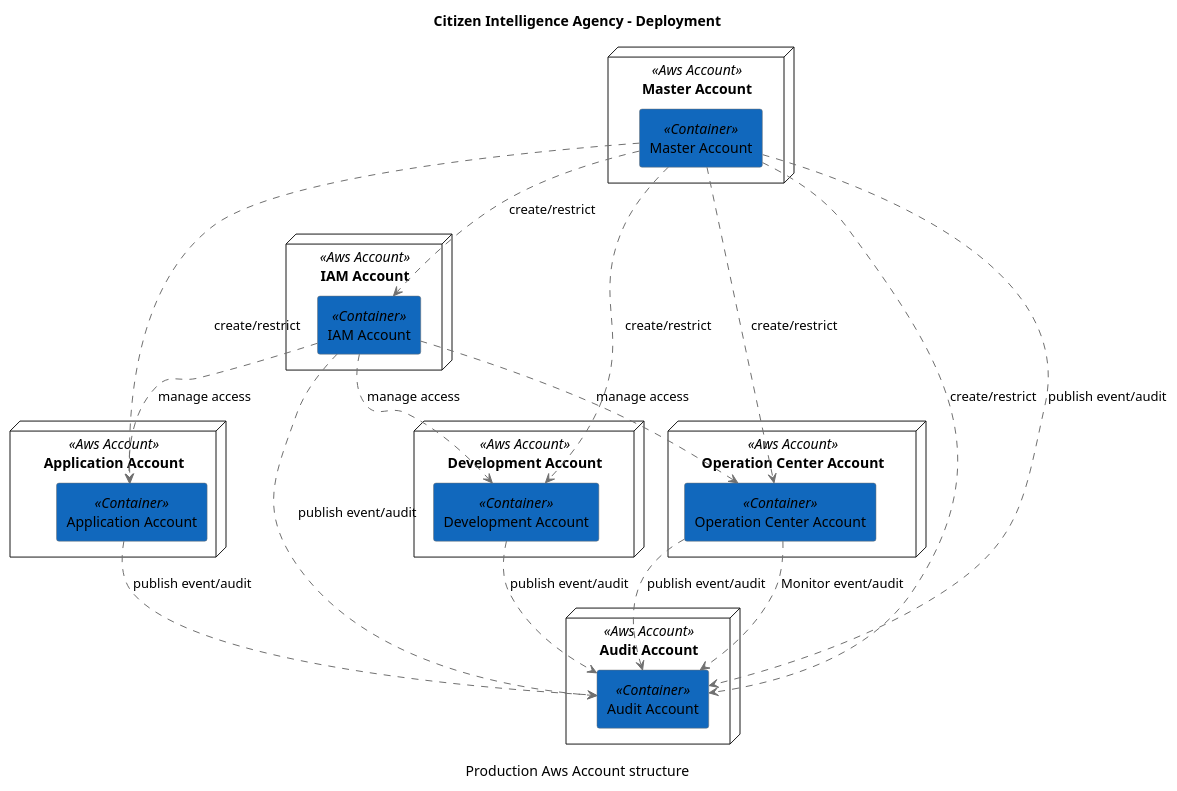
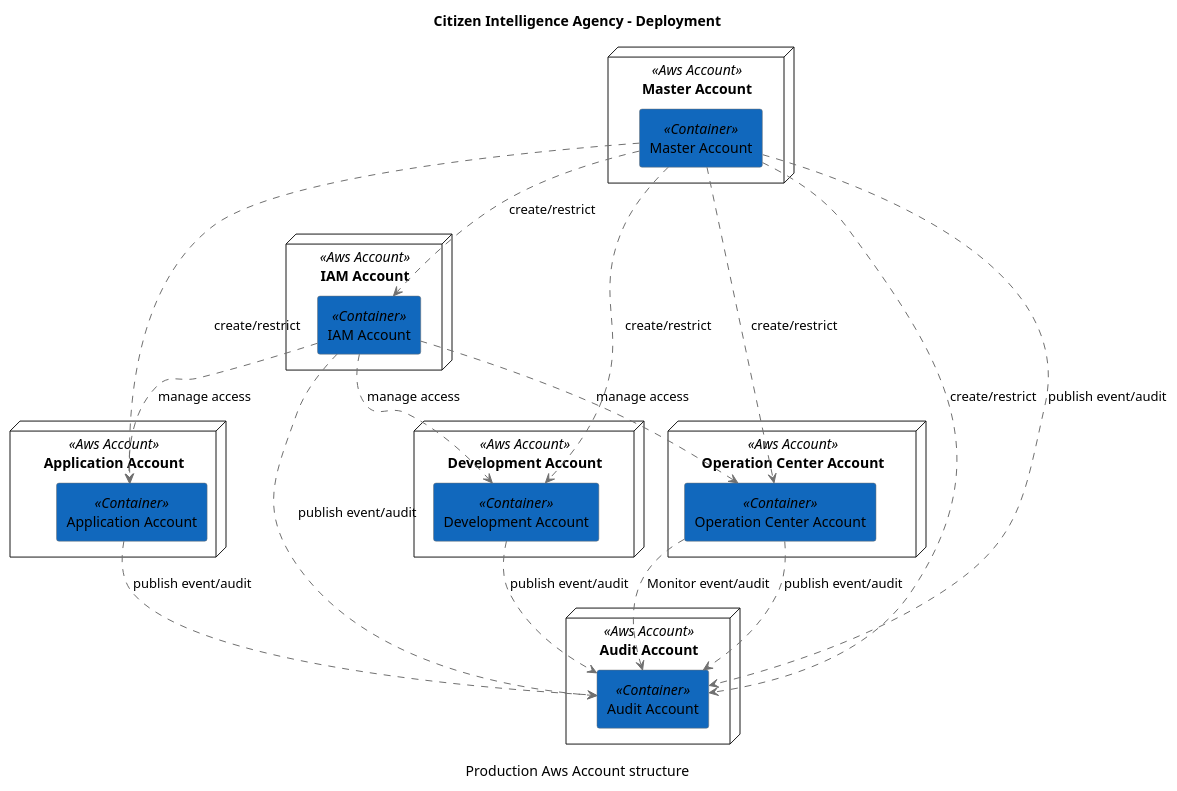
The diagram in architecture/Citizen-Intelligence-Agency-Prod-Aws-Account-Structure.pu (sjvs/cia), drawn with PlantUML before and after one commit. The commit also changed other lines of this file and 2896 other files, not shown here.

```diff
--- a/architecture/Citizen-Intelligence-Agency-Prod-Aws-Account-Structure.pu
+++ b/architecture/Citizen-Intelligence-Agency-Prod-Aws-Account-Structure.pu
@@ -1,47 +1,47 @@
 @startuml(id="Production_Aws_Account_structure")
 scale max 2000x2000
 title Citizen Intelligence Agency - Deployment
 caption "Production Aws Account structure"
 
 skinparam {
   shadowing false
   arrowColor #707070
   actorBorderColor #707070
   componentBorderColor #707070
   rectangleBorderColor #707070
   noteBackgroundColor #ffffff
   noteBorderColor #707070
 }
 node "Application Account" <<Aws Account>> as 12 {
   rectangle "Application Account" <<Container>> as 34 #1168bd
 }
 node "Audit Account" <<Aws Account>> as 10 {
   rectangle "Audit Account" <<Container>> as 30 #1168bd
 }
 node "Development Account" <<Aws Account>> as 6 {
   rectangle "Development Account" <<Container>> as 29 #1168bd
 }
 node "IAM Account" <<Aws Account>> as 4 {
   rectangle "IAM Account" <<Container>> as 36 #1168bd
 }
 node "Master Account" <<Aws Account>> as 2 {
   rectangle "Master Account" <<Container>> as 41 #1168bd
 }
 node "Operation Center Account" <<Aws Account>> as 8 {
   rectangle "Operation Center Account" <<Container>> as 28 #1168bd
 }
-36 .[#707070].> 29 : manage access
-41 .[#707070].> 36 : create/restrict
+36 .[#707070].> 34 : manage access
 41 .[#707070].> 30 : create/restrict
-28 .[#707070].> 30 : Monitor event/audit
+41 .[#707070].> 30 : publish event/audit
 28 .[#707070].> 30 : publish event/audit
+29 .[#707070].> 30 : publish event/audit
 36 .[#707070].> 30 : publish event/audit
 34 .[#707070].> 30 : publish event/audit
-29 .[#707070].> 30 : publish event/audit
-41 .[#707070].> 30 : publish event/audit
+28 .[#707070].> 30 : Monitor event/audit
+41 .[#707070].> 36 : create/restrict
+41 .[#707070].> 29 : create/restrict
 41 .[#707070].> 28 : create/restrict
 41 .[#707070].> 34 : create/restrict
-41 .[#707070].> 29 : create/restrict
+36 .[#707070].> 29 : manage access
 36 .[#707070].> 28 : manage access
-36 .[#707070].> 34 : manage access
 @enduml
```
